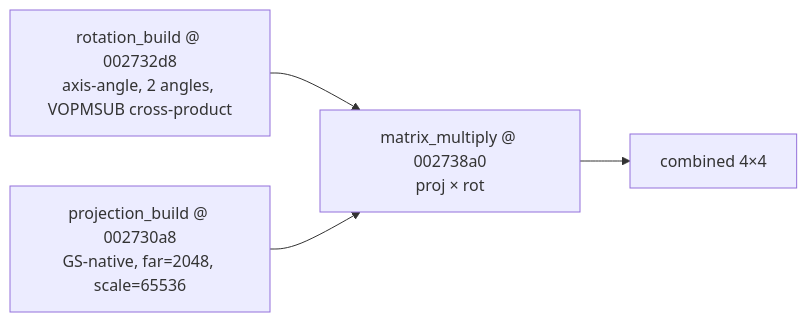
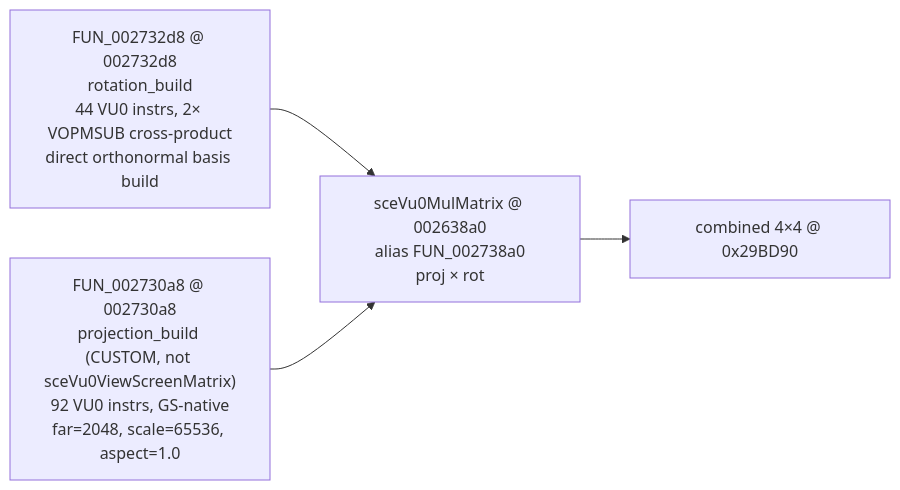
The second of 2 diagrams in docs/ghidra_analysis/CLOCK-SYSTEM-MAP.md (JeanxPereira/CrystalClockVK), drawn with Mermaid before and after one commit. The commit also changed other lines of this file and 6 other files, not shown here.

````diff
--- a/docs/ghidra_analysis/CLOCK-SYSTEM-MAP.md
+++ b/docs/ghidra_analysis/CLOCK-SYSTEM-MAP.md
@@ -89,6 +91,6 @@
 ```mermaid
 graph LR
-    ROT["rotation_build @ 002732d8<br/>axis-angle, 2 angles, VOPMSUB cross-product"] --> MUL
-    PROJ["projection_build @ 002730a8<br/>GS-native, far=2048, scale=65536"] --> MUL
-    MUL["matrix_multiply @ 002738a0<br/>proj × rot"] --> OUT["combined 4×4"]
+    ROT["FUN_002732d8 @ 002732d8<br/>rotation_build<br/>44 VU0 instrs, 2× VOPMSUB cross-product<br/>direct orthonormal basis build"] --> MUL
+    PROJ["FUN_002730a8 @ 002730a8<br/>projection_build (CUSTOM, not sceVu0ViewScreenMatrix)<br/>92 VU0 instrs, GS-native<br/>far=2048, scale=65536, aspect=1.0"] --> MUL
+    MUL["sceVu0MulMatrix @ 002638a0<br/>alias FUN_002738a0<br/>proj × rot"] --> OUT["combined 4×4 @ 0x29BD90"]
 ```
````
